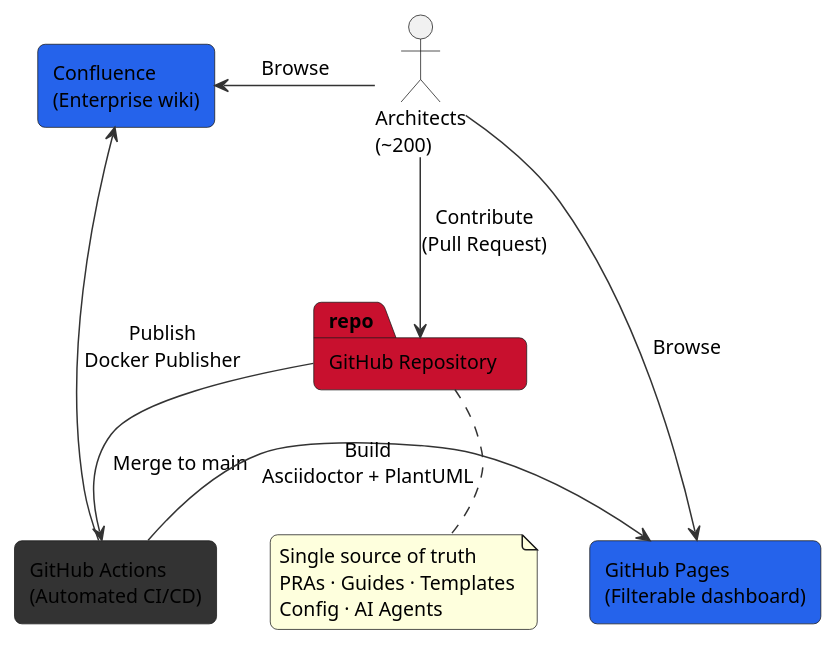
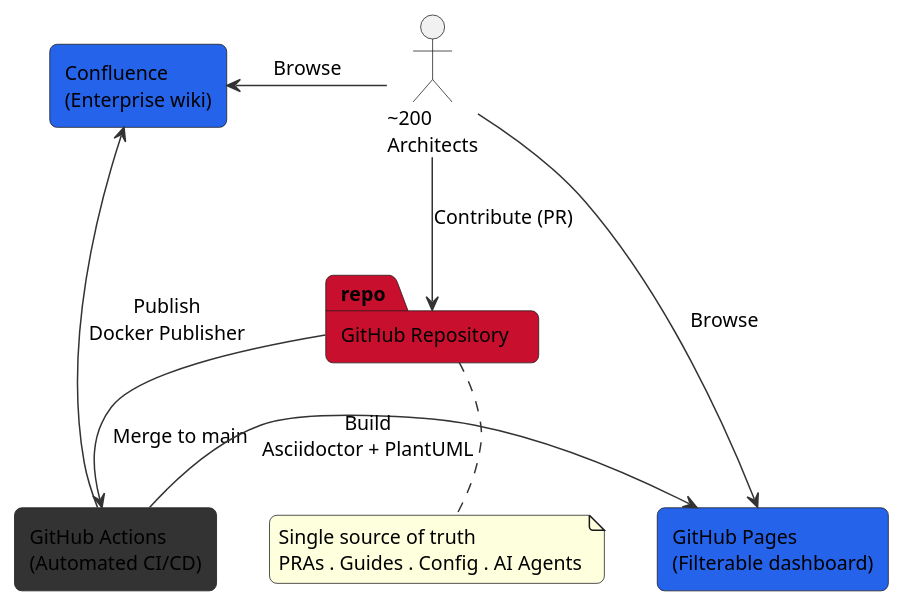
Before and after one commit to KiyaliHQ/proven-reusable-architecture: the first of 6 diagrams in content/pras/en/overview.adoc, drawn with PlantUML. The commit also changed other lines of this file and 2 other files, not shown here.

```diff
--- a/content/pras/en/overview.adoc
+++ b/content/pras/en/overview.adoc
@@ -14,34 +30,32 @@
 [plantuml]
 ----
 @startuml
 skinparam backgroundColor transparent
-skinparam defaultFontName "Segoe UI"
 skinparam defaultFontSize 13
 skinparam shadowing false
 skinparam roundCorner 10
 skinparam ArrowColor #333333
 
-actor "Architects\n(~200)" as arch
+actor "~200\nArchitects" as arch
 
 package "GitHub Repository" as repo #c8102e {
 }
 
 rectangle "GitHub Actions\n(Automated CI/CD)" as ci #333333
 
 rectangle "GitHub Pages\n(Filterable dashboard)" as ghp #2563eb
 rectangle "Confluence\n(Enterprise wiki)" as conf #2563eb
 
-arch -down-> repo : Contribute\n(Pull Request)
+arch -down-> repo : Contribute (PR)
 repo -down-> ci : Merge to main
 ci -right-> ghp : Build\nAsciidoctor + PlantUML
 ci -left-> conf : Publish\nDocker Publisher
 arch -right-> ghp : Browse
 arch -left-> conf : Browse
 
 note bottom of repo
   Single source of truth
-  PRAs · Guides · Templates
-  Config · AI Agents
+  PRAs . Guides . Config . AI Agents
 end note
 @enduml
 ----
```
